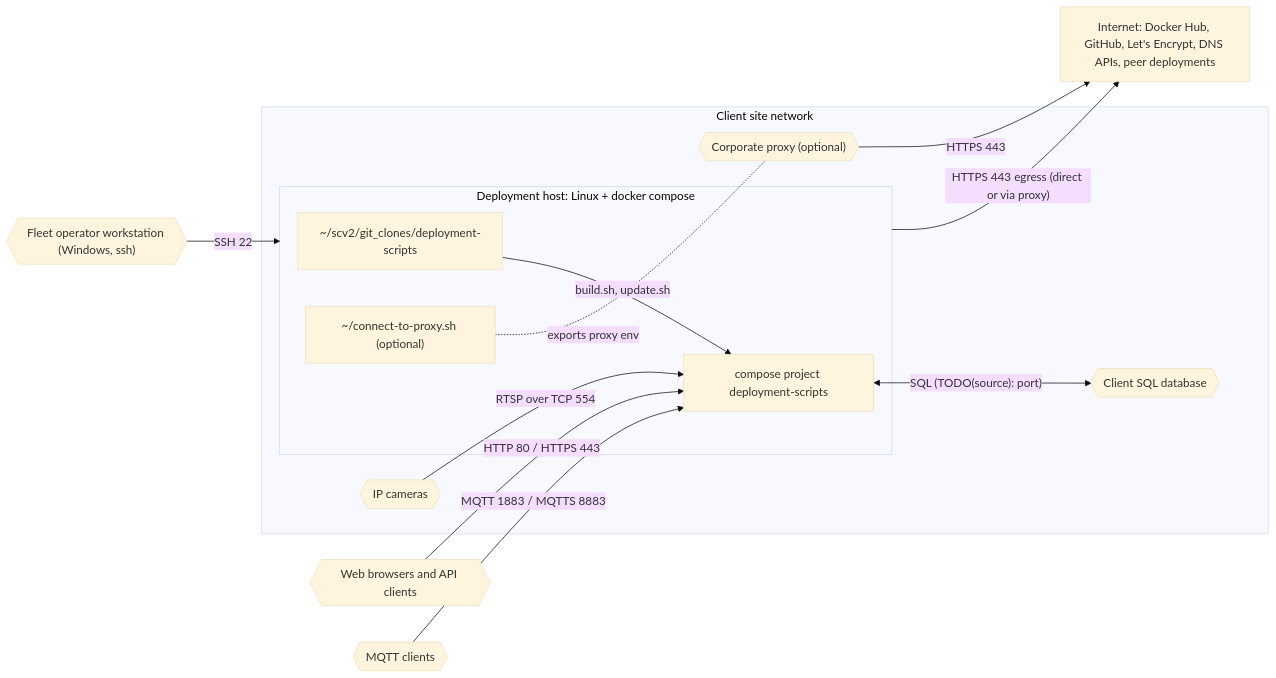
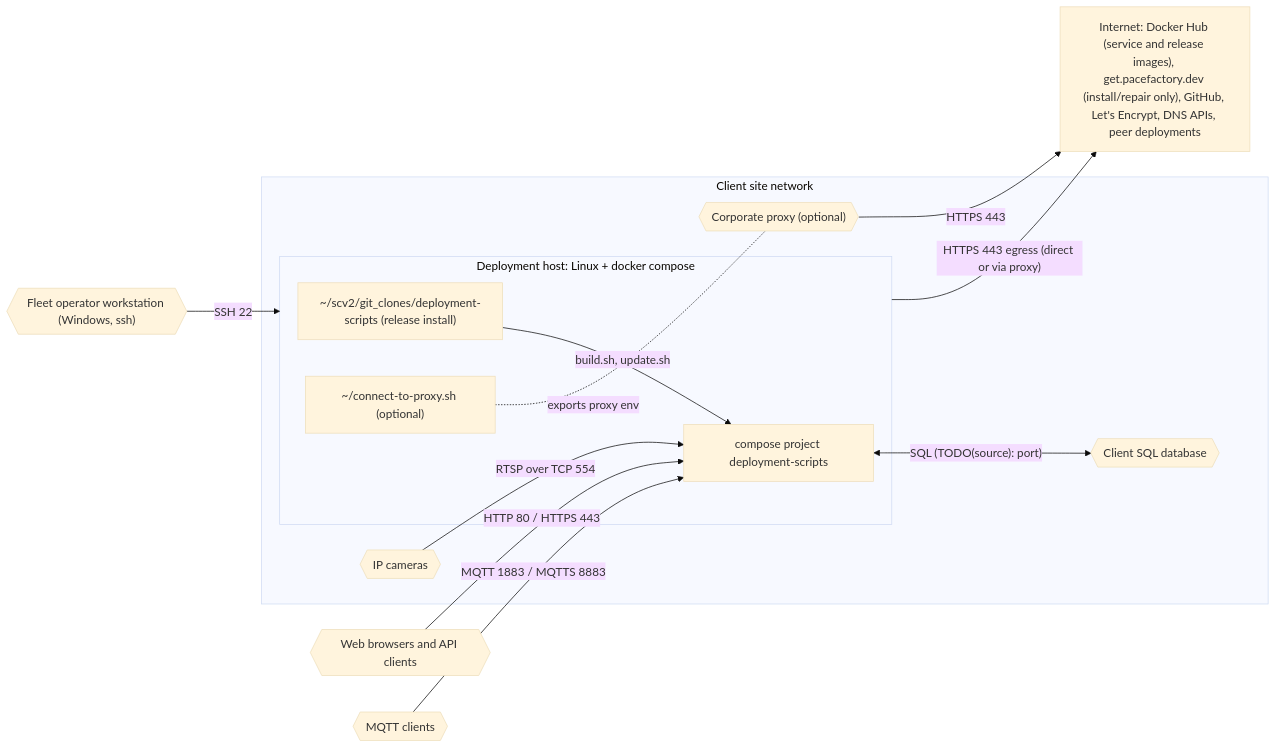
One commit to pacefactory/deployment-scripts changed the diagram in docs/architecture/network/site-requirements.md. Above: the diagram before and after it, drawn with Mermaid (base theme). The commit also changed other lines of this file and 94 other files, not shown here.

First line of the commit message:
docs: distribution via the Docker Hub release image

````diff
--- a/docs/architecture/network/site-requirements.md
+++ b/docs/architecture/network/site-requirements.md
@@ -85,26 +88,26 @@
 ```mermaid
 flowchart LR
   ext_fleet_operator{{"Fleet operator workstation (Windows, ssh)"}}
   ext_web_clients{{"Web browsers and API clients"}}
   ext_mqtt_clients{{"MQTT clients"}}
   subgraph site["Client site network"]
     ext_cameras{{"IP cameras"}}
     ext_client_sql{{"Client SQL database"}}
     subgraph host["Deployment host: Linux + docker compose"]
-      checkout["~/scv2/git_clones/deployment-scripts"]
+      checkout["~/scv2/git_clones/deployment-scripts (release install)"]
       deployment["compose project deployment-scripts"]
       proxyhook["~/connect-to-proxy.sh (optional)"]
     end
     ext_proxy{{"Corporate proxy (optional)"}}
   end
-  internet["Internet: Docker Hub, GitHub, Let's Encrypt, DNS APIs, peer deployments"]
+  internet["Internet: Docker Hub (service and release images), get.pacefactory.dev (install/repair only), GitHub, Let's Encrypt, DNS APIs, peer deployments"]
   ext_cameras -->|"RTSP over TCP 554"| deployment
   ext_web_clients -->|"HTTP 80 / HTTPS 443"| deployment
   ext_mqtt_clients -->|"MQTT 1883 / MQTTS 8883"| deployment
   deployment <-->|"SQL (TODO(source): port)"| ext_client_sql
   ext_fleet_operator -->|"SSH 22"| host
   checkout -->|"build.sh, update.sh"| deployment
   proxyhook -.-|"exports proxy env"| ext_proxy
   host -->|"HTTPS 443 egress (direct or via proxy)"| internet
   ext_proxy -->|"HTTPS 443"| internet
 ```
````
